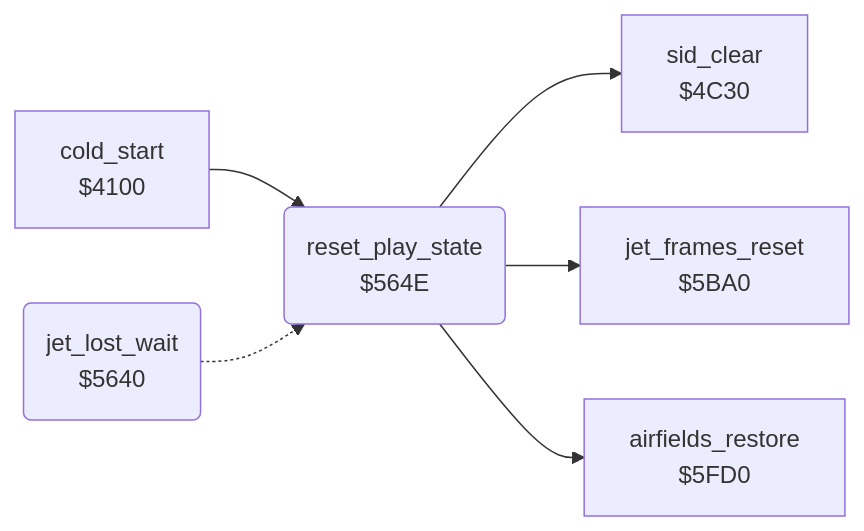
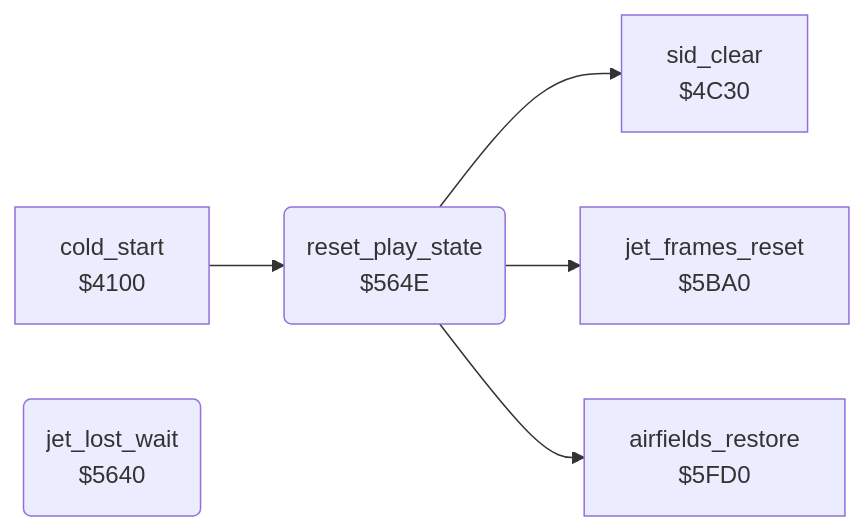
The diagram in falcon_patrol/docs/reference/modules/game/jet_lost.md (henols/c64_games), drawn with Mermaid before and after one commit. The commit also changed other lines of this file and 1100 other files, not shown here.

````diff
--- a/falcon_patrol/docs/reference/modules/game/jet_lost.md
+++ b/falcon_patrol/docs/reference/modules/game/jet_lost.md
@@ -10,14 +17,13 @@
 ```mermaid
 flowchart LR
   n4100["cold_start<br/>$4100"]
   n4c30["sid_clear<br/>$4C30"]
   n5640("jet_lost_wait<br/>$5640")
   n564e("reset_play_state<br/>$564E")
   n5ba0["jet_frames_reset<br/>$5BA0"]
   n5fd0["airfields_restore<br/>$5FD0"]
   n4100 --> n564e
-  n5640 -.-> n564e
   n564e --> n4c30
   n564e --> n5ba0
   n564e --> n5fd0
 ```
````
